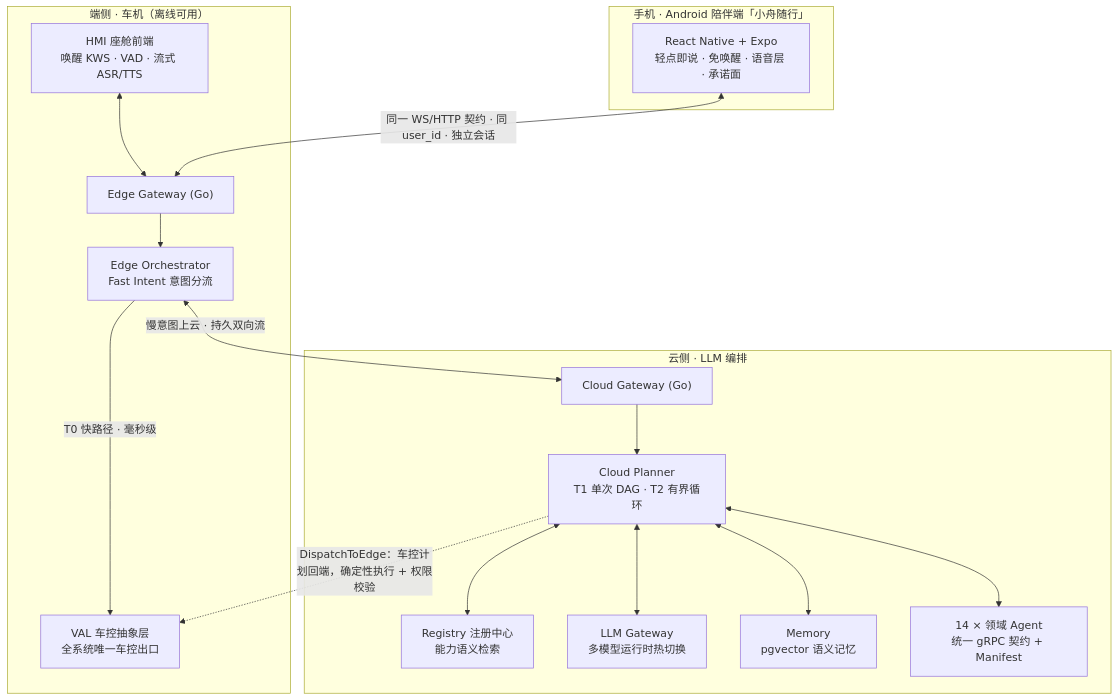
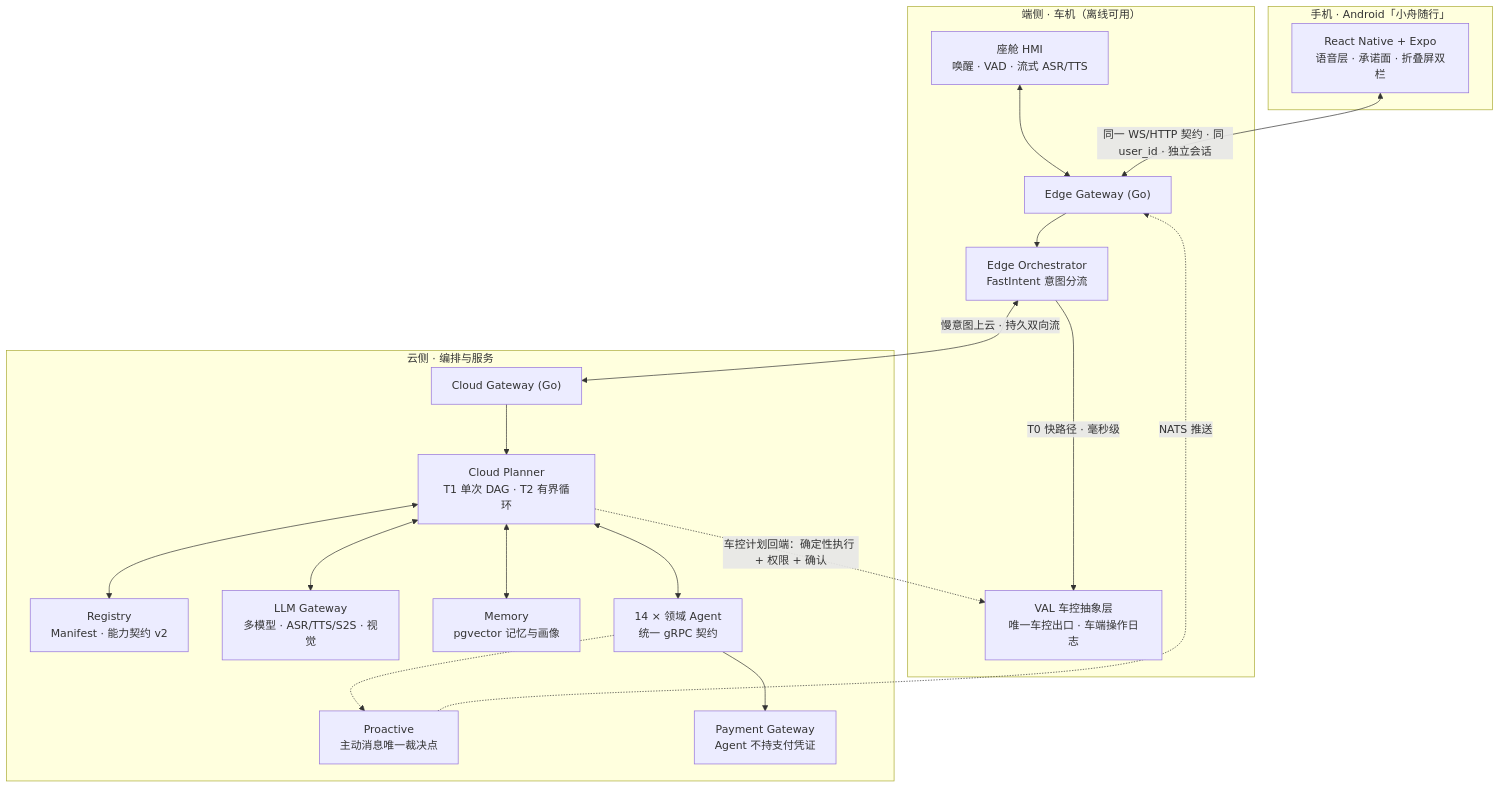
Before and after one commit to SuperdeMan/cockpit-agent: the first of 2 diagrams in README.md, drawn with Mermaid. The commit also changed other lines of this file and 16 other files, not shown here.

````diff
--- a/README.md
+++ b/README.md
@@ -87,31 +92,36 @@
 ```mermaid
 flowchart TB
     subgraph EDGE["端侧 · 车机（离线可用）"]
-        HMI["HMI 座舱前端<br/>唤醒 KWS · VAD · 流式 ASR/TTS"]
+        HMI["座舱 HMI<br/>唤醒 · VAD · 流式 ASR/TTS"]
         EGW["Edge Gateway (Go)"]
-        EO["Edge Orchestrator<br/>Fast Intent 意图分流"]
-        VAL["VAL 车控抽象层<br/>全系统唯一车控出口"]
+        EO["Edge Orchestrator<br/>FastIntent 意图分流"]
+        VAL["VAL 车控抽象层<br/>唯一车控出口 · 车端操作日志"]
         HMI <--> EGW
         EGW --> EO
         EO -->|"T0 快路径 · 毫秒级"| VAL
     end
-    subgraph MOBILE["手机 · Android 陪伴端「小舟随行」"]
-        APP["React Native + Expo<br/>轻点即说 · 免唤醒 · 语音层 · 承诺面"]
+    subgraph MOBILE["手机 · Android「小舟随行」"]
+        APP["React Native + Expo<br/>语音层 · 承诺面 · 折叠屏双栏"]
     end
     APP <-->|"同一 WS/HTTP 契约 · 同 user_id · 独立会话"| EGW
-    subgraph CLOUD["云侧 · LLM 编排"]
+    subgraph CLOUD["云侧 · 编排与服务"]
         CGW["Cloud Gateway (Go)"]
         CP["Cloud Planner<br/>T1 单次 DAG · T2 有界循环"]
-        REG["Registry 注册中心<br/>能力语义检索"]
-        LLM["LLM Gateway<br/>多模型运行时热切换"]
-        MEM["Memory<br/>pgvector 语义记忆"]
-        AG["14 × 领域 Agent<br/>统一 gRPC 契约 + Manifest"]
+        REG["Registry<br/>Manifest · 能力契约 v2"]
+        LLM["LLM Gateway<br/>多模型 · ASR/TTS/S2S · 视觉"]
+        MEM["Memory<br/>pgvector 记忆与画像"]
+        AG["14 × 领域 Agent<br/>统一 gRPC 契约"]
+        PRO["Proactive<br/>主动消息唯一裁决点"]
+        PAY["Payment Gateway<br/>Agent 不持支付凭证"]
         CGW --> CP
         CP <--> REG
         CP <--> LLM
         CP <--> MEM
         CP <--> AG
+        AG --> PAY
+        AG -.-> PRO
     end
     EO <-->|"慢意图上云 · 持久双向流"| CGW
-    CP -.->|"DispatchToEdge：车控计划回端，确定性执行 + 权限校验"| VAL
+    CP -.->|"车控计划回端：确定性执行 + 权限 + 确认"| VAL
+    PRO -.->|"NATS 推送"| EGW
 ```
````
